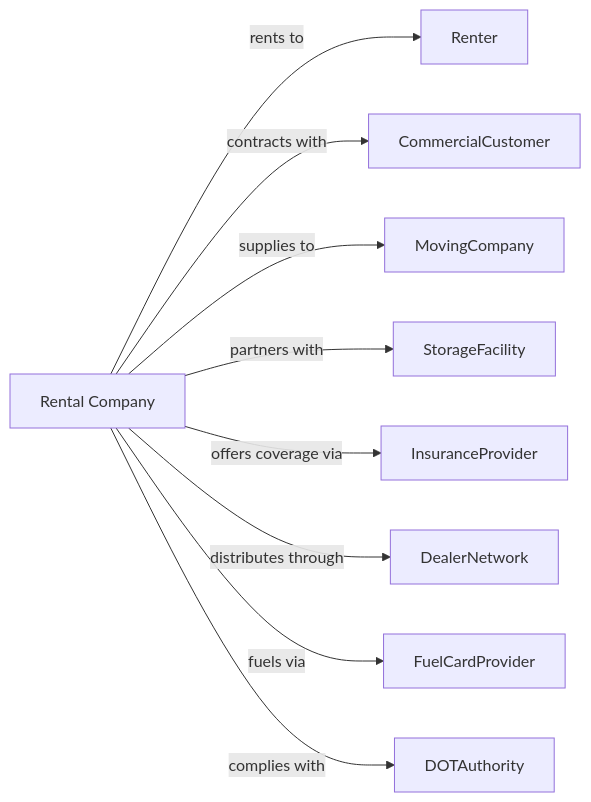
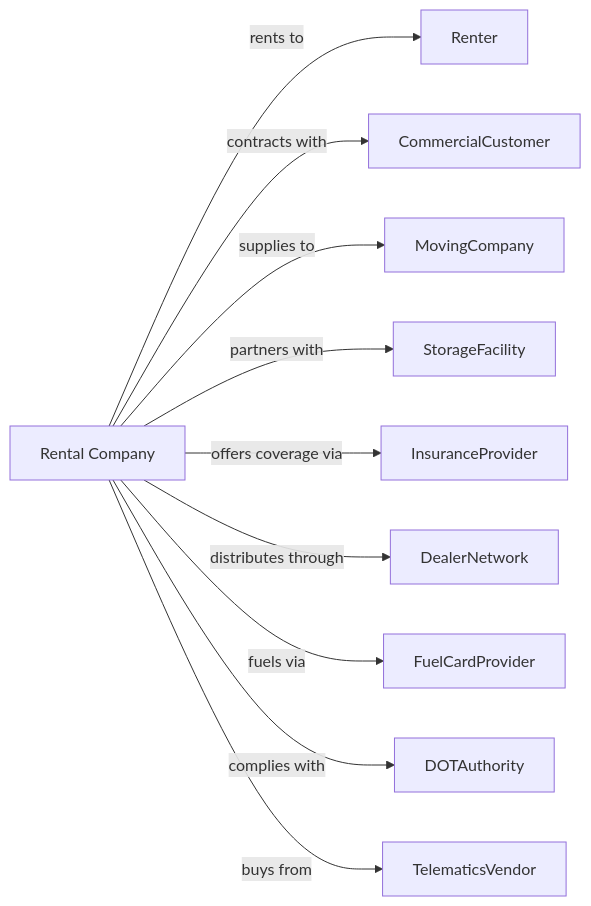
Before and after one commit to dot-org-ai/industries.org.ai: the second of 2 diagrams in RealEstate/RentalAndLeasingServices/AutomotiveEquipmentRentalAndLeasing/TruckUtilityTrailerAndRvRecreationalVehicleRentalAndLeasing.mdx, drawn with Mermaid. The commit also changed other lines of this file and 588 other files, not shown here.

````diff
--- a/RealEstate/RentalAndLeasingServices/AutomotiveEquipmentRentalAndLeasing/TruckUtilityTrailerAndRvRecreationalVehicleRentalAndLeasing.mdx
+++ b/RealEstate/RentalAndLeasingServices/AutomotiveEquipmentRentalAndLeasing/TruckUtilityTrailerAndRvRecreationalVehicleRentalAndLeasing.mdx
@@ -133,13 +133,14 @@
 ```mermaid
 graph LR
     R[Rental Company]
 
     R -->|rents to| Renter
     R -->|contracts with| CommercialCustomer
     R -->|supplies to| MovingCompany
     R -->|partners with| StorageFacility
     R -->|offers coverage via| InsuranceProvider
     R -->|distributes through| DealerNetwork
     R -->|fuels via| FuelCardProvider
     R -->|complies with| DOTAuthority
+    R -->|buys from| TelematicsVendor
 ```
````
